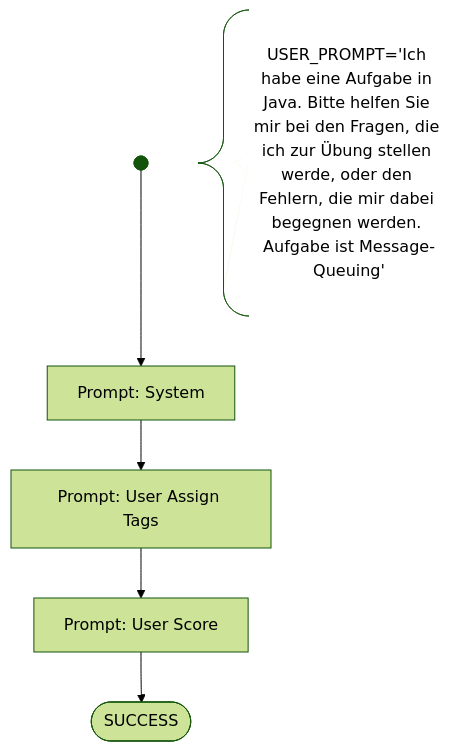
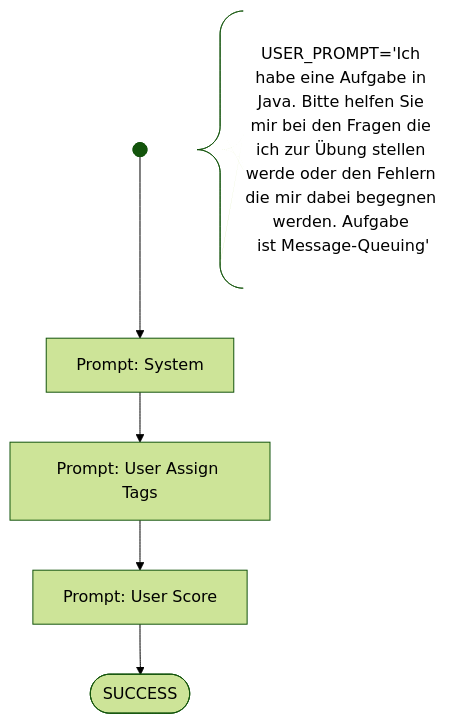
The diagram in workflows/prompt-eval/prompt-eval.wf.md (BernLeWal/AICodeMentor), drawn with Mermaid (forest theme) before and after one commit. The commit also changed 4 other files, not shown here.

````diff
--- a/workflows/prompt-eval/prompt-eval.wf.md
+++ b/workflows/prompt-eval/prompt-eval.wf.md
@@ -22,11 +22,11 @@
 ```mermaid
 flowchart TD
     START@{ shape: f-circ, label:"start"} --> PROMPT_SYSTEM
-    PARAMS@{ shape: comment, label: "USER_PROMPT='Ich habe eine Aufgabe in Java. Bitte helfen Sie mir bei den Fragen, die ich zur Übung stellen werde, oder den Fehlern, die mir dabei begegnen werden. Aufgabe ist Message-Queuing'"}
+    PARAMS@{ shape: comment, label: "USER_PROMPT='Ich habe eine Aufgabe in Java. Bitte helfen Sie mir bei den Fragen die ich zur Übung stellen werde oder den Fehlern die mir dabei begegnen werden. Aufgabe ist Message-Queuing'"}
 
     PROMPT_SYSTEM[Prompt: System] --> PROMPT_ASSIGN_TAGS
     PROMPT_ASSIGN_TAGS[Prompt: User Assign Tags] --> PROMPT_SCORE
     PROMPT_SCORE[Prompt: User Score] --> SUCCESS
 
     SUCCESS@{ shape: stadium }
 ```
````
